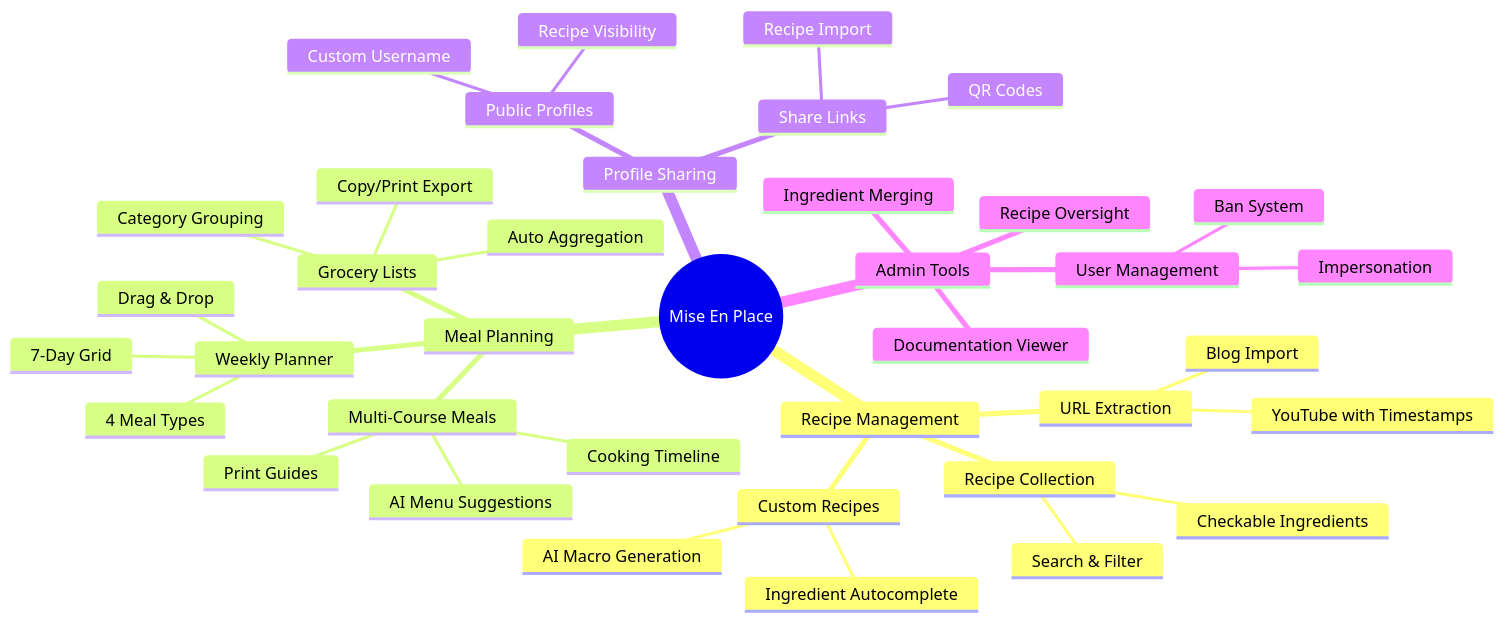
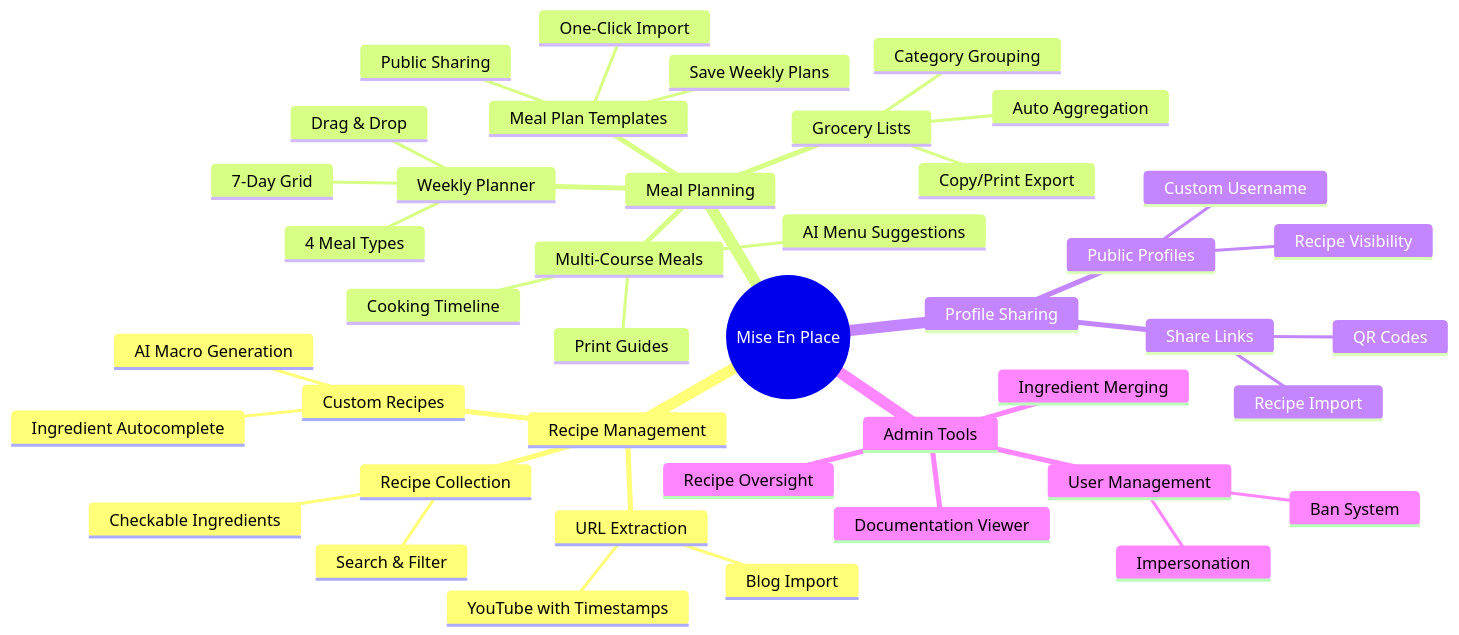
The first of 10 diagrams in .cursor/context/high-level-architecture.md (SeanningTatum/mise-en-place-2), drawn with Mermaid before and after one commit. The commit also changed other lines of this file and 131 other files, not shown here.

First line of the commit message:
feat: Add public meal plan templates with sharing and import (#7)

````diff
--- a/.cursor/context/high-level-architecture.md
+++ b/.cursor/context/high-level-architecture.md
@@ -14,41 +14,45 @@
 ```mermaid
 mindmap
   root((Mise En Place))
     Recipe Management
       URL Extraction
         YouTube with Timestamps
         Blog Import
       Custom Recipes
         AI Macro Generation
         Ingredient Autocomplete
       Recipe Collection
         Search & Filter
         Checkable Ingredients
     Meal Planning
       Weekly Planner
         7-Day Grid
         4 Meal Types
         Drag & Drop
       Multi-Course Meals
         AI Menu Suggestions
         Cooking Timeline
         Print Guides
+      Meal Plan Templates
+        Save Weekly Plans
+        Public Sharing
+        One-Click Import
       Grocery Lists
         Auto Aggregation
         Category Grouping
         Copy/Print Export
     Profile Sharing
       Public Profiles
         Custom Username
         Recipe Visibility
       Share Links
         QR Codes
         Recipe Import
     Admin Tools
       User Management
         Ban System
         Impersonation
       Recipe Oversight
       Ingredient Merging
       Documentation Viewer
 ```
````
